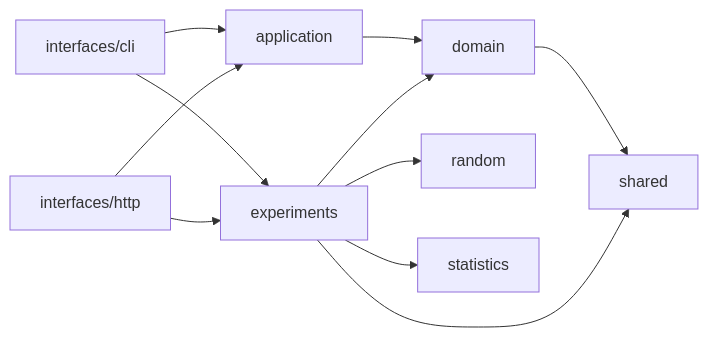
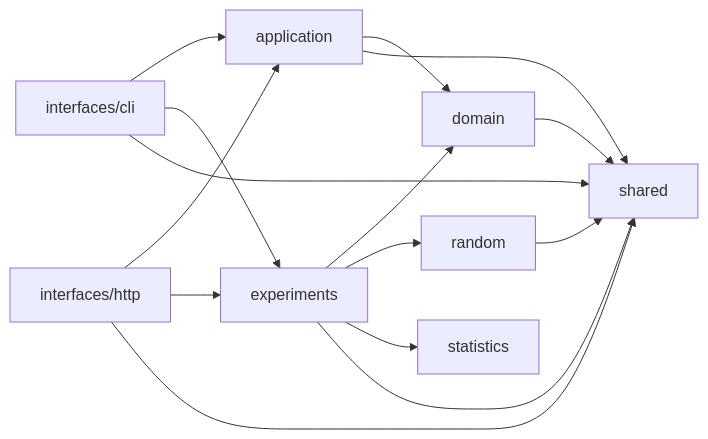
Before and after one commit to juanmafx/fibonacci-parity: the diagram in docs/ARCHITECTURE.md, drawn with Mermaid. The commit also changed 15 other files, not shown here.

````diff
--- a/docs/ARCHITECTURE.md
+++ b/docs/ARCHITECTURE.md
@@ -38,13 +38,17 @@
 ```mermaid
 flowchart LR
   CLI[interfaces/cli] --> APP[application]
   HTTP[interfaces/http] --> APP
   CLI --> EXP[experiments]
   HTTP --> EXP
   APP --> DOM[domain]
   EXP --> DOM
   EXP --> RNG[random]
   EXP --> STAT[statistics]
   DOM --> SHARED[shared]
   EXP --> SHARED
+  APP --> SHARED
+  RNG --> SHARED
+  CLI --> SHARED
+  HTTP --> SHARED
 ```
````
